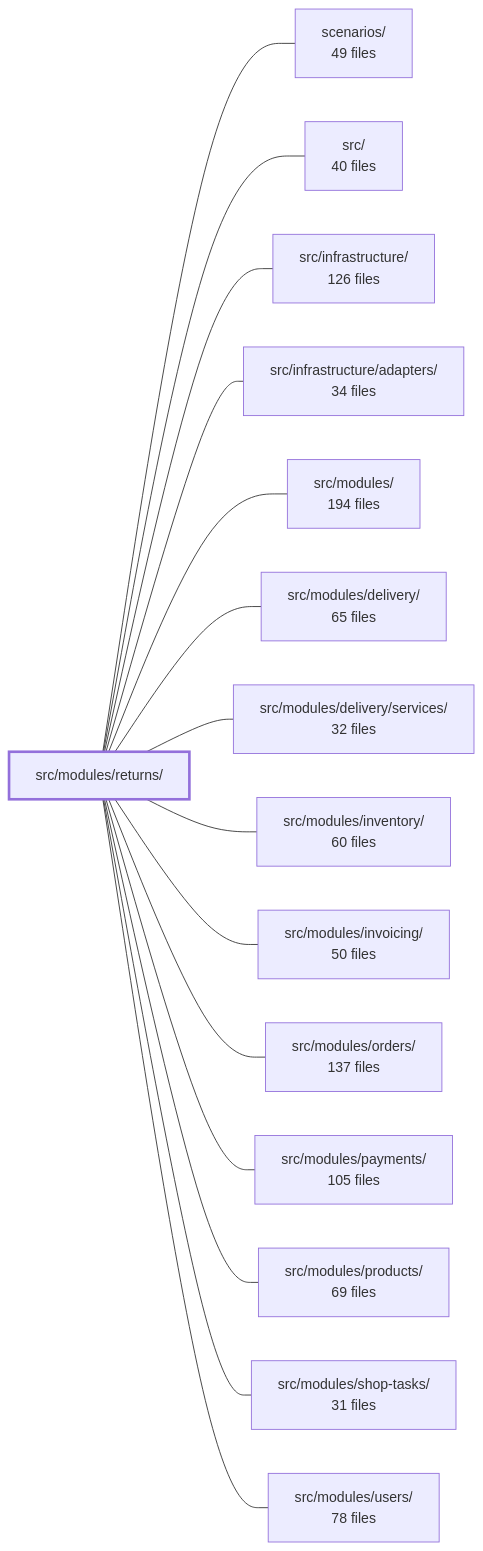
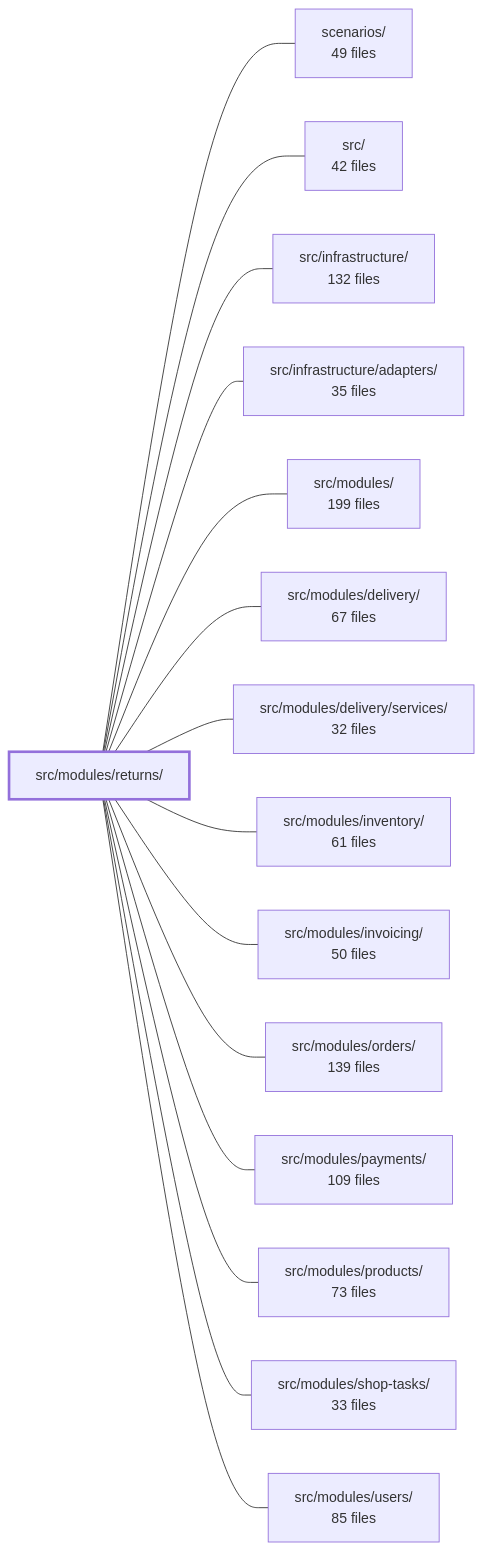
The diagram in .2brain/modules/boilerplate-node-backend_src_modules_returns.md (Guebbit/boilerplate-node-backend), drawn with Mermaid before and after one commit. The commit also changed other lines of this file and 1102 other files, not shown here.

````diff
--- a/.2brain/modules/boilerplate-node-backend_src_modules_returns.md
+++ b/.2brain/modules/boilerplate-node-backend_src_modules_returns.md
@@ -44,33 +45,33 @@
 ```mermaid
 flowchart LR
     m_src_modules_returns["src/modules/returns/"]
     m_scenarios["scenarios/<br/>49 files"]
-    m_src["src/<br/>40 files"]
-    m_src_infrastructure["src/infrastructure/<br/>126 files"]
-    m_src_infrastructure_adapters["src/infrastructure/adapters/<br/>34 files"]
-    m_src_modules["src/modules/<br/>194 files"]
-    m_src_modules_delivery["src/modules/delivery/<br/>65 files"]
+    m_src["src/<br/>42 files"]
+    m_src_infrastructure["src/infrastructure/<br/>132 files"]
+    m_src_infrastructure_adapters["src/infrastructure/adapters/<br/>35 files"]
+    m_src_modules["src/modules/<br/>199 files"]
+    m_src_modules_delivery["src/modules/delivery/<br/>67 files"]
     m_src_modules_delivery_services["src/modules/delivery/services/<br/>32 files"]
-    m_src_modules_inventory["src/modules/inventory/<br/>60 files"]
+    m_src_modules_inventory["src/modules/inventory/<br/>61 files"]
     m_src_modules_invoicing["src/modules/invoicing/<br/>50 files"]
-    m_src_modules_orders["src/modules/orders/<br/>137 files"]
-    m_src_modules_payments["src/modules/payments/<br/>105 files"]
-    m_src_modules_products["src/modules/products/<br/>69 files"]
-    m_src_modules_shop_tasks["src/modules/shop-tasks/<br/>31 files"]
-    m_src_modules_users["src/modules/users/<br/>78 files"]
+    m_src_modules_orders["src/modules/orders/<br/>139 files"]
+    m_src_modules_payments["src/modules/payments/<br/>109 files"]
+    m_src_modules_products["src/modules/products/<br/>73 files"]
+    m_src_modules_shop_tasks["src/modules/shop-tasks/<br/>33 files"]
+    m_src_modules_users["src/modules/users/<br/>85 files"]
     m_src_modules_returns --- m_scenarios
     m_src_modules_returns --- m_src
     m_src_modules_returns --- m_src_infrastructure
     m_src_modules_returns --- m_src_infrastructure_adapters
     m_src_modules_returns --- m_src_modules
     m_src_modules_returns --- m_src_modules_delivery
     m_src_modules_returns --- m_src_modules_delivery_services
     m_src_modules_returns --- m_src_modules_inventory
     m_src_modules_returns --- m_src_modules_invoicing
     m_src_modules_returns --- m_src_modules_orders
     m_src_modules_returns --- m_src_modules_payments
     m_src_modules_returns --- m_src_modules_products
     m_src_modules_returns --- m_src_modules_shop_tasks
     m_src_modules_returns --- m_src_modules_users
     style m_src_modules_returns stroke-width:3px
 ```
````
